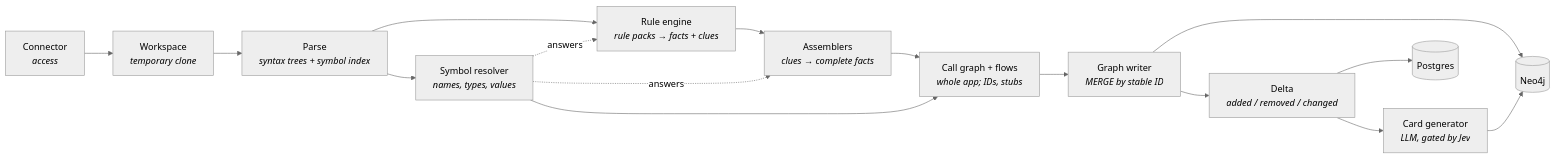
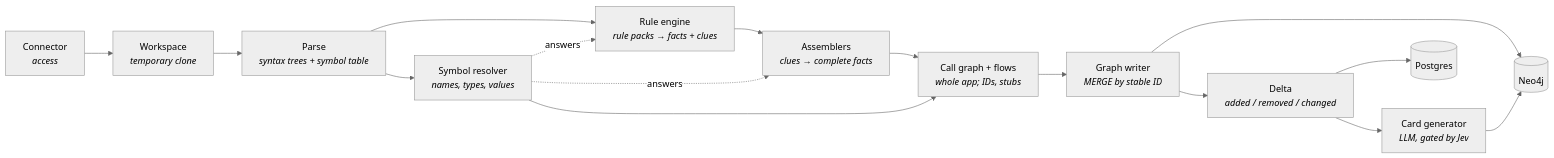
The first of 5 diagrams in docs/ingestion.md (KBavis/steno), drawn with Mermaid (neutral theme) before and after one commit. The commit also changed other lines of this file and 4 other files, not shown here.

Commit message:
feat: ensure all or nothing insertion for graph db updates

````diff
--- a/docs/ingestion.md
+++ b/docs/ingestion.md
@@ -25,18 +25,18 @@
 ```mermaid
 flowchart LR
     C[Connector<br/><i>access</i>] --> W[Workspace<br/><i>temporary clone</i>]
-    W --> P[Parse<br/><i>syntax trees + symbol index</i>]
+    W --> P[Parse<br/><i>syntax trees + symbol table</i>]
     P --> X[Rule engine<br/><i>rule packs → facts + clues</i>]
     P --> SR[Symbol resolver<br/><i>names, types, values</i>]
     SR -. answers .-> X
     X --> A[Assemblers<br/><i>clues → complete facts</i>]
     SR -. answers .-> A
     A --> CG[Call graph + flows<br/><i>whole app; IDs, stubs</i>]
     SR --> CG
     CG --> GW[Graph writer<br/><i>MERGE by stable ID</i>]
     GW --> D[Delta<br/><i>added / removed / changed</i>]
     D --> CARD[Card generator<br/><i>LLM, gated by Jev</i>]
     GW --> NEO[(Neo4j)]
     CARD --> NEO
     D --> PG[(Postgres)]
 ```
````
